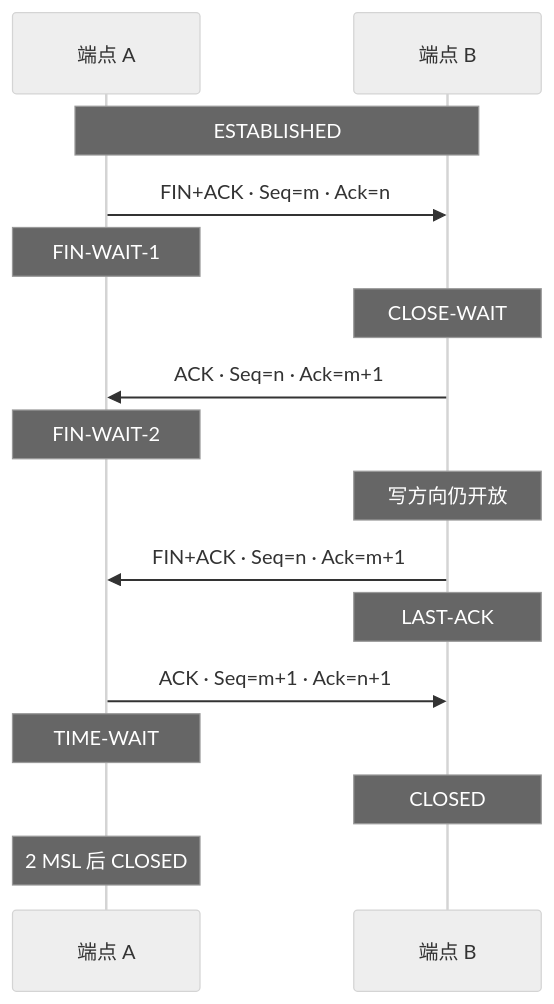
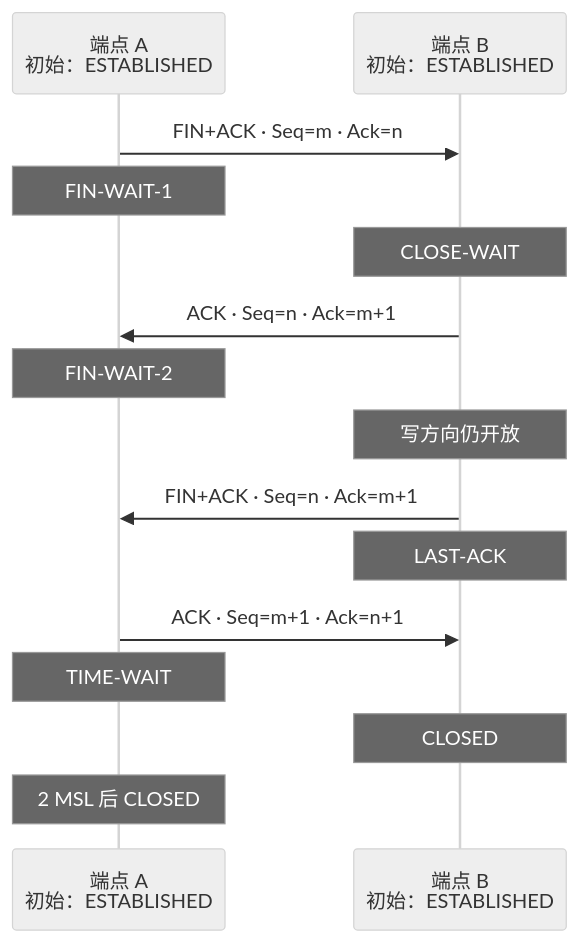
The third of 5 diagrams in content/posts/networking/transport-tcp-udp-socket-quic.md (fordelkon/delkon.us.kg), drawn with Mermaid (neutral theme) before and after one commit. The commit also changed other lines of this file and 8 other files, not shown here.

First line of the commit message:
docs: audit networking series with C17 examples and diagram fixes

````diff
--- a/content/posts/networking/transport-tcp-udp-socket-quic.md
+++ b/content/posts/networking/transport-tcp-udp-socket-quic.md
@@ -89,18 +87,17 @@
-```mermaid title="TCP 四段关闭：两个方向分别结束" description="A 先关闭写方向，B 先单独确认，稍后才关闭自己的写方向。自上而下读四段控制报文，间距不表示耗时。半关闭期间 B 仍可向 A 发送数据。图中假设这期间无额外数据。"
+```mermaid title="TCP 四段关闭：两个方向分别结束" description="A 先关闭写方向，B 先单独确认，稍后才关闭自己的写方向。初始状态标在参与者名下，自上而下读四段控制报文，间距不表示耗时。半关闭期间 B 仍可向 A 发送数据。图中假设这期间无额外数据。"
 sequenceDiagram
- participant A as 端点 A
- participant B as 端点 B
- Note over A,B: ESTABLISHED
+ participant A as 端点 A<br/>初始：ESTABLISHED
+ participant B as 端点 B<br/>初始：ESTABLISHED
  A->>B: FIN+ACK · Seq=m · Ack=n
  Note over A: FIN-WAIT-1
  Note over B: CLOSE-WAIT
  B->>A: ACK · Seq=n · Ack=m+1
  Note over A: FIN-WAIT-2
  Note over B: 写方向仍开放
  B->>A: FIN+ACK · Seq=n · Ack=m+1
  Note over B: LAST-ACK
  A->>B: ACK · Seq=m+1 · Ack=n+1
  Note over A: TIME-WAIT
  Note over B: CLOSED
  Note over A: 2 MSL 后 CLOSED
 ```
````
